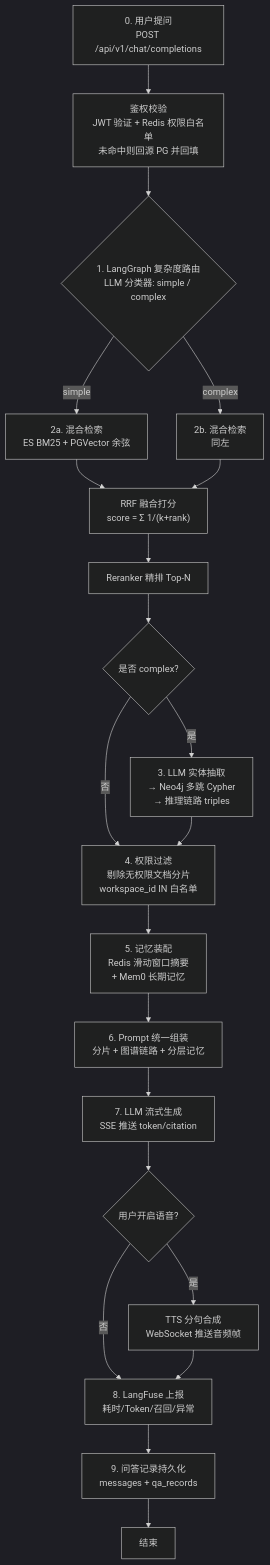
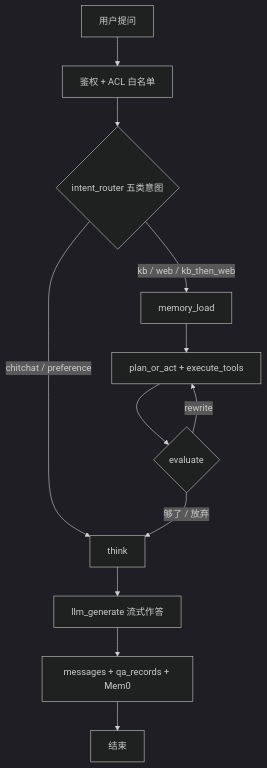
Before and after one commit to Fa-haxiki/enterprise-knowlege-hub: the second of 3 diagrams in docs/02-architecture.md, drawn with Mermaid (dark theme). The commit also changed other lines of this file and 42 other files, not shown here.

````diff
--- a/docs/02-architecture.md
+++ b/docs/02-architecture.md
@@ -63,23 +65,14 @@
 ```mermaid
 flowchart TB
-    Start["0. 用户提问<br/>POST /api/v1/chat/completions"] --> Auth["鉴权校验<br/>JWT 验证 + Redis 权限白名单<br/>未命中则回源 PG 并回填"]
-    Auth --> Router{"1. LangGraph 复杂度路由<br/>LLM 分类器: simple / complex"}
-    Router -->|simple| Hybrid["2a. 混合检索<br/>ES BM25 + PGVector 余弦"]
-    Router -->|complex| Hybrid2["2b. 混合检索<br/>同左"]
-    Hybrid --> RRF["RRF 融合打分<br/>score = Σ 1/(k+rank)"]
-    Hybrid2 --> RRF
-    RRF --> Rerank["Reranker 精排 Top-N"]
-    Rerank --> Graph{"是否 complex?"}
-    Graph -->|是| Entity["3. LLM 实体抽取<br/>→ Neo4j 多跳 Cypher<br/>→ 推理链路 triples"]
-    Graph -->|否| ACL
-    Entity --> ACL["4. 权限过滤<br/>剔除无权限文档分片<br/>workspace_id IN 白名单"]
-    ACL --> Memory["5. 记忆装配<br/>Redis 滑动窗口摘要<br/>+ Mem0 长期记忆"]
-    Memory --> Prompt["6. Prompt 统一组装<br/>分片 + 图谱链路 + 分层记忆"]
-    Prompt --> Gen["7. LLM 流式生成<br/>SSE 推送 token/citation"]
-    Gen --> TTSOpt{"用户开启语音?"}
-    TTSOpt -->|是| TTSNode["TTS 分句合成<br/>WebSocket 推送音频帧"]
-    TTSOpt -->|否| Trace
-    TTSNode --> Trace["8. LangFuse 上报<br/>耗时/Token/召回/异常"]
-    Trace --> Persist["9. 问答记录持久化<br/>messages + qa_records"]
+    Start["用户提问"] --> Auth["鉴权 + ACL 白名单"]
+    Auth --> Intent{"intent_router 五类意图"}
+    Intent -->|chitchat / preference| Think
+    Intent -->|kb / web / kb_then_web| Memory["memory_load"]
+    Memory --> Loop["plan_or_act + execute_tools"]
+    Loop --> Eval{"evaluate"}
+    Eval -->|rewrite| Loop
+    Eval -->|够了 / 放弃| Think["think"]
+    Think --> Gen["llm_generate 流式作答"]
+    Gen --> Persist["messages + qa_records + Mem0"]
     Persist --> EndNode["结束"]
 ```
````
